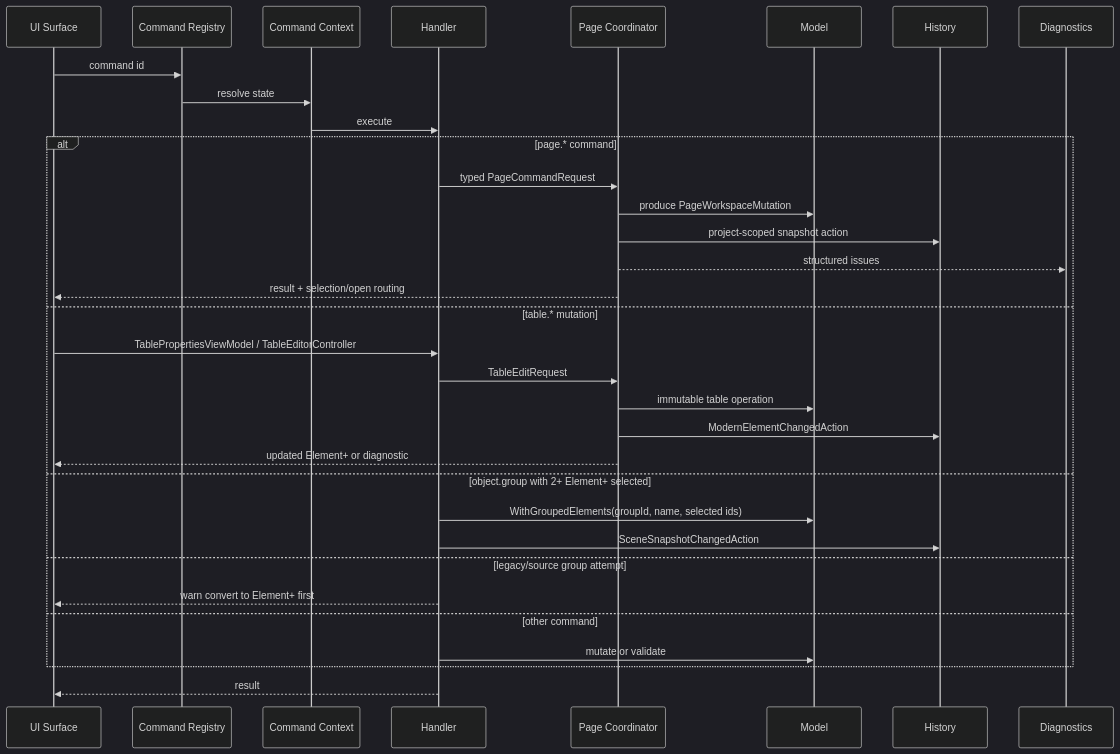
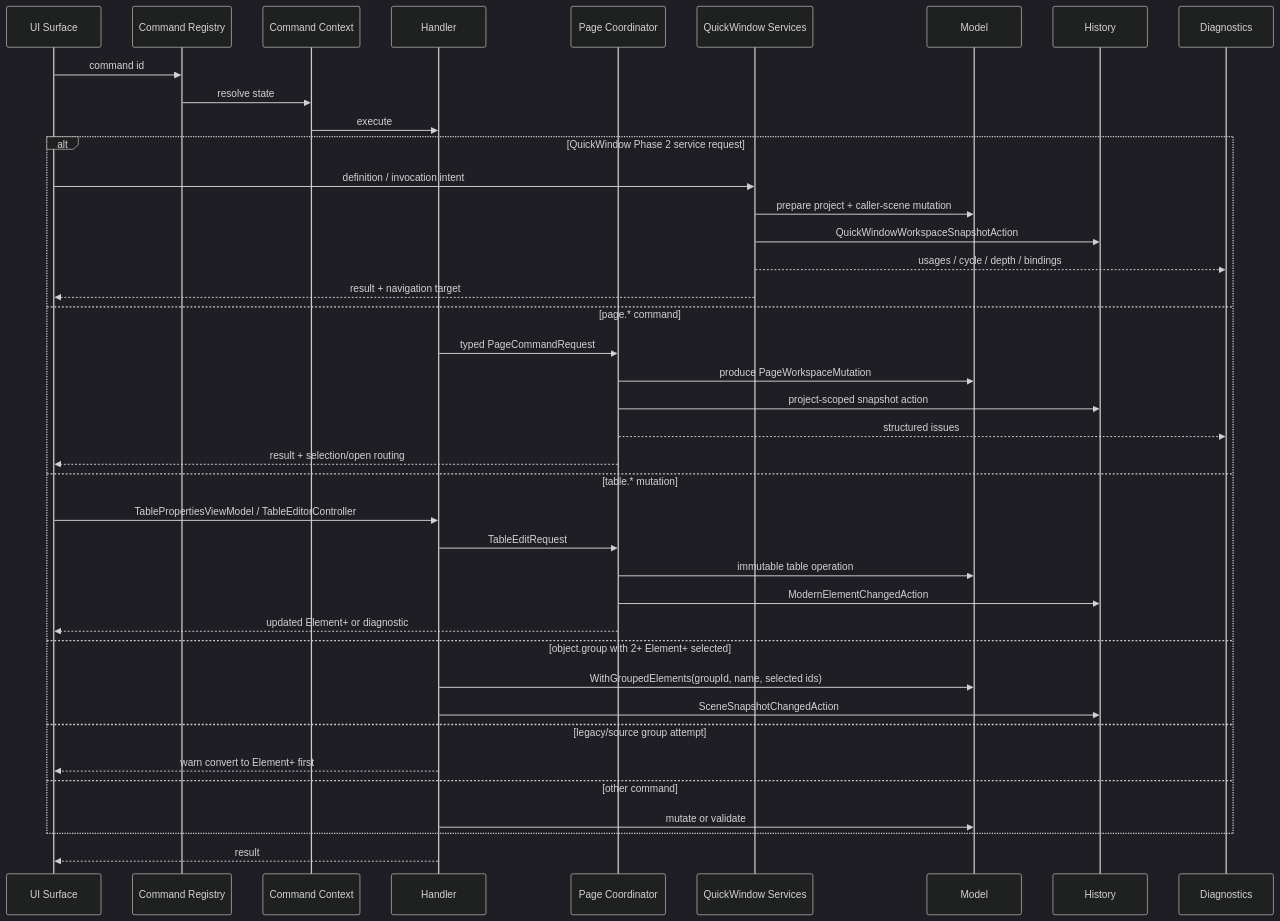
The diagram in docs/10_generated/COMMAND_FLOW_DIAGRAM_V2.md (technologiesflorizon/scadabuilder), drawn with Mermaid (dark theme) before and after one commit. The commit also changed other lines of this file and 16 other files, not shown here.

Commit message:
docs: record quick window phase 2

````diff
--- a/docs/10_generated/COMMAND_FLOW_DIAGRAM_V2.md
+++ b/docs/10_generated/COMMAND_FLOW_DIAGRAM_V2.md
@@ -16,35 +17,42 @@
 ```mermaid
 sequenceDiagram
   participant UI as UI Surface
   participant Registry as Command Registry
   participant Context as Command Context
   participant Handler as Handler
   participant Coordinator as Page Coordinator
+  participant QuickWindow as QuickWindow Services
   participant Model as Model
   participant History as History
   participant Diagnostics as Diagnostics
   UI->>Registry: command id
   Registry->>Context: resolve state
   Context->>Handler: execute
-  alt page.* command
+  alt QuickWindow Phase 2 service request
+    UI->>QuickWindow: definition / invocation intent
+    QuickWindow->>Model: prepare project + caller-scene mutation
+    QuickWindow->>History: QuickWindowWorkspaceSnapshotAction
+    QuickWindow-->>Diagnostics: usages / cycle / depth / bindings
+    QuickWindow-->>UI: result + navigation target
+  else page.* command
     Handler->>Coordinator: typed PageCommandRequest
     Coordinator->>Model: produce PageWorkspaceMutation
     Coordinator->>History: project-scoped snapshot action
     Coordinator-->>Diagnostics: structured issues
     Coordinator-->>UI: result + selection/open routing
   else table.* mutation
     UI->>Handler: TablePropertiesViewModel / TableEditorController
     Handler->>Coordinator: TableEditRequest
     Coordinator->>Model: immutable table operation
     Coordinator->>History: ModernElementChangedAction
     Coordinator-->>UI: updated Element+ or diagnostic
   else object.group with 2+ Element+ selected
     Handler->>Model: WithGroupedElements(groupId, name, selected ids)
     Handler->>History: SceneSnapshotChangedAction
   else legacy/source group attempt
     Handler-->>UI: warn convert to Element+ first
   else other command
     Handler->>Model: mutate or validate
   end
   Handler-->>UI: result
 ```
````
